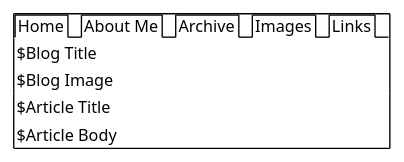
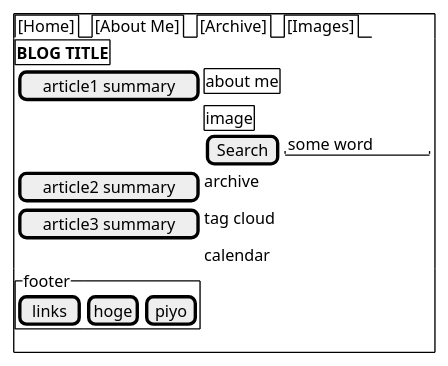
The diagram in doc/front/main.pu (fujimaru-lab/blog-blog-blog), drawn with PlantUML before and after one commit. The commit also changed 2 other files, not shown here.

```diff
--- a/doc/front/main.pu
+++ b/doc/front/main.pu
@@ -1,9 +1,17 @@
 @startsalt MainPage
 {+
-{/ Home | About Me | Archive | Images | Links}
-{ $Blog Title}
-{ $Blog Image}
-    {$Article Title}
-    {$Article Body}
+{/ [Home] | [About Me] | [Archive] | [Images]}
+{+ <b>BLOG TITLE }
+{
+[article1 summary] | {+ about me}
+{} | {+ image}
+{} | [Search] | "some word    "
+[article2 summary] | archive
+[article3 summary] | tag cloud
+{}         | calendar
+}
+{^"footer"
+ [links] | [hoge] | [piyo]
+}
 }
 @endsalt
```
